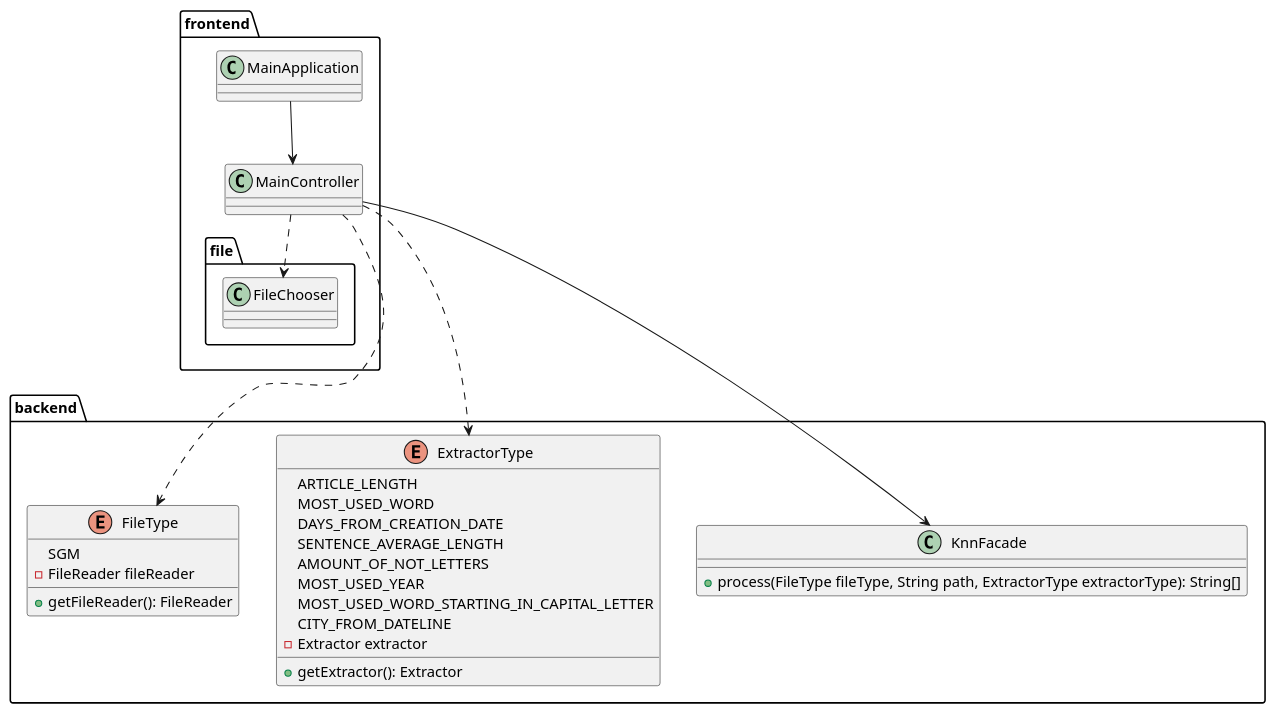
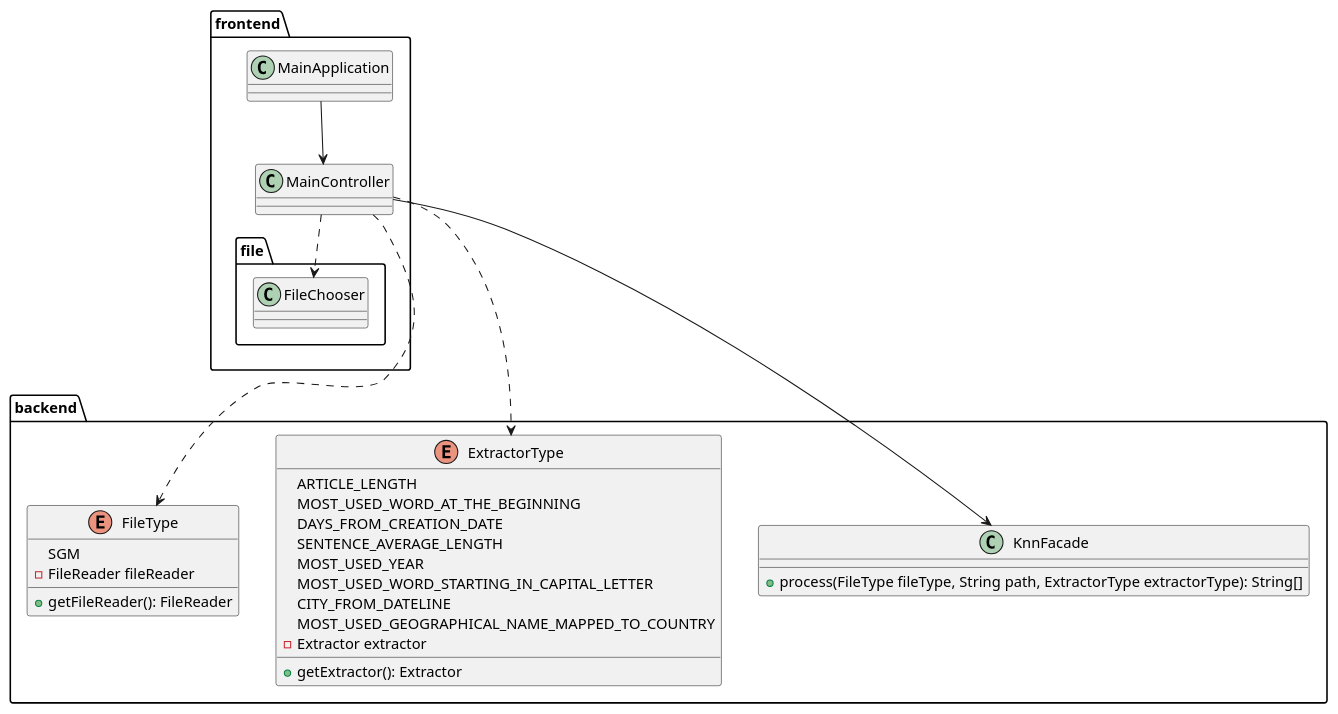
The first of 2 diagrams in README.md (kambed/Computer-Recognition-Systems), drawn with PlantUML before and after one commit. The commit also changed other lines of this file and 7 other files, not shown here.

Commit message:
MostUsedGeographicalNameExtractor

````diff
--- a/README.md
+++ b/README.md
@@ -3,36 +3,36 @@
 ```plantuml
 package frontend {
     class MainApplication
     class MainController
     package file {
         class FileChooser
     }
     MainController ..> FileChooser
     MainApplication --> MainController
 }
 package backend {
     enum FileType {
         SGM
         - FileReader fileReader
         + getFileReader(): FileReader
     }
     enum ExtractorType {
         ARTICLE_LENGTH
-        MOST_USED_WORD
+        MOST_USED_WORD_AT_THE_BEGINNING
         DAYS_FROM_CREATION_DATE
         SENTENCE_AVERAGE_LENGTH
-        AMOUNT_OF_NOT_LETTERS
         MOST_USED_YEAR
         MOST_USED_WORD_STARTING_IN_CAPITAL_LETTER
         CITY_FROM_DATELINE
+        MOST_USED_GEOGRAPHICAL_NAME_MAPPED_TO_COUNTRY
         - Extractor extractor
         + getExtractor(): Extractor
     }
     class KnnFacade {
         + process(FileType fileType, String path, ExtractorType extractorType): String[]
     }
 }
 MainController ---> KnnFacade
 MainController ..> FileType
 MainController ..> ExtractorType
 ```
````
